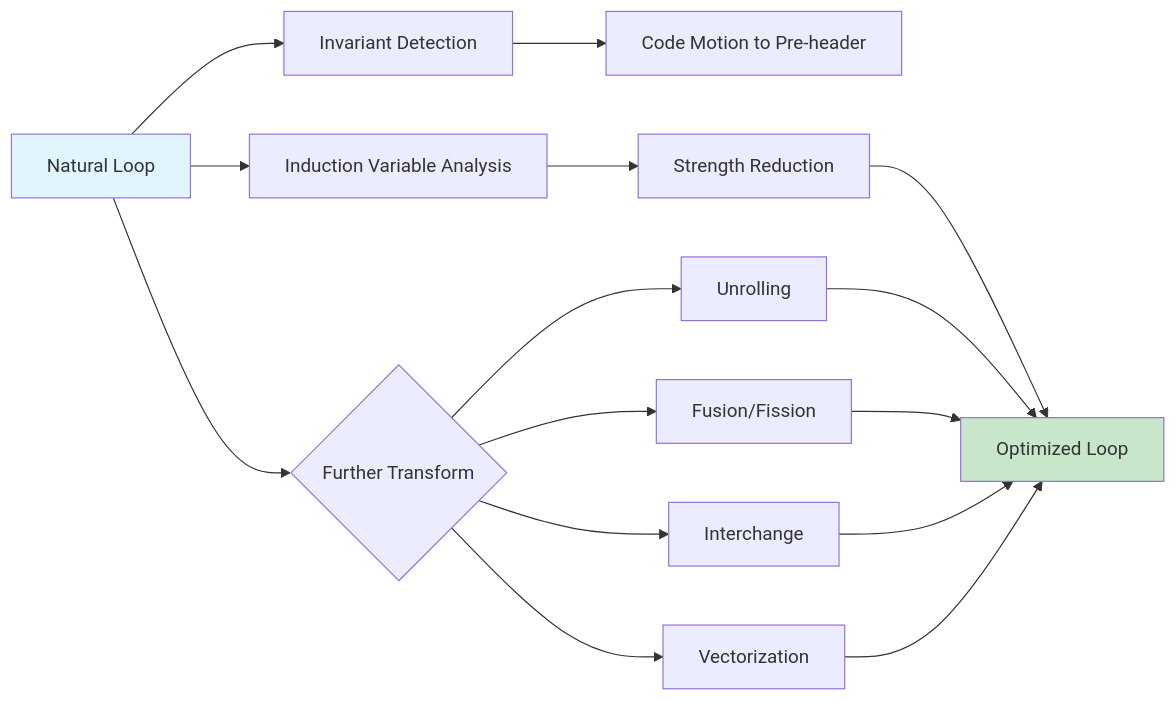
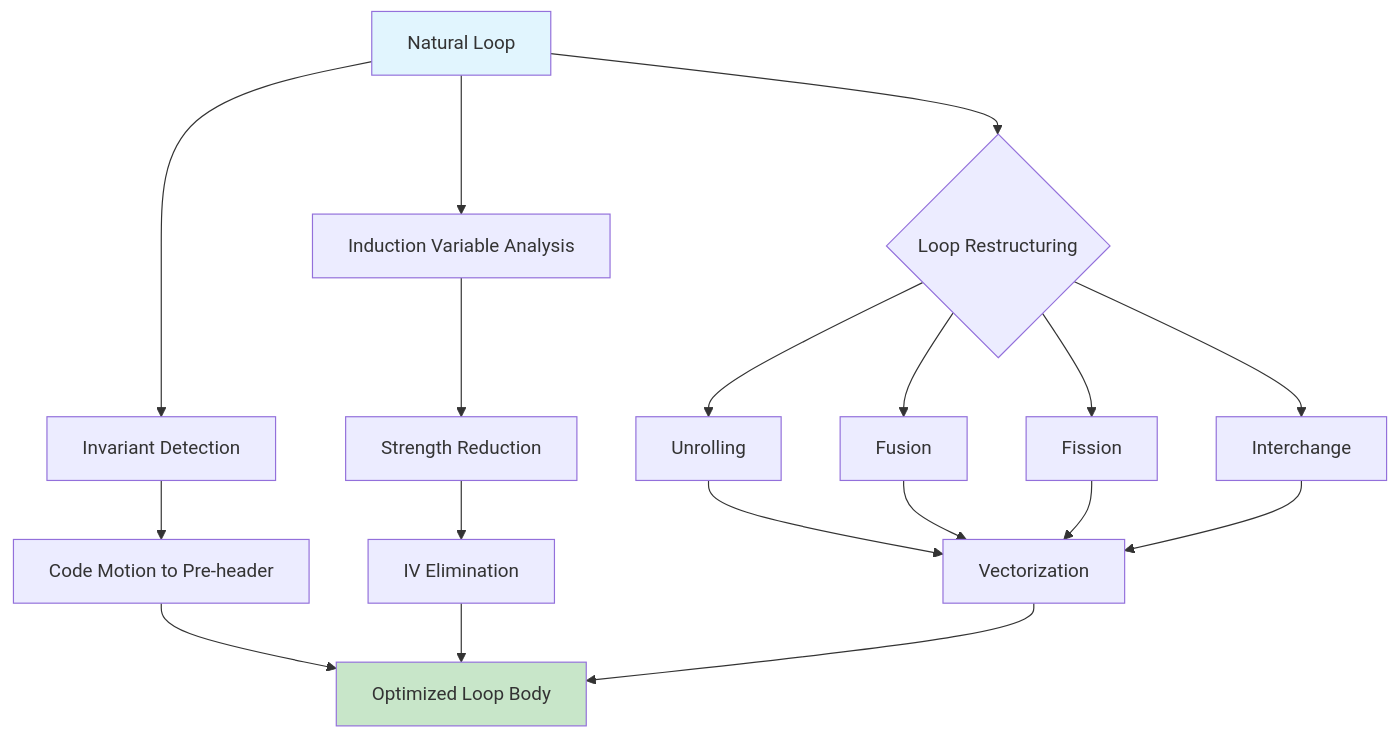
One commit to Raushan666java/ai-engineering-journey changed the diagram in docs/courses/compiler-design/13-loop-optimization.md. Above: the diagram before and after it, drawn with Mermaid. The commit also changed other lines of this file and 41 other files, not shown here.

````diff
--- a/docs/courses/compiler-design/13-loop-optimization.md
+++ b/docs/courses/compiler-design/13-loop-optimization.md
@@ -21,19 +24,22 @@
 ```mermaid
-flowchart LR
+flowchart TB
     A[Natural Loop] --> B[Invariant Detection]
     B --> C[Code Motion to Pre-header]
     A --> D[Induction Variable Analysis]
     D --> E[Strength Reduction]
-    A --> F{Further Transform}
-    F --> G[Unrolling]
-    F --> H[Fusion/Fission]
-    F --> I[Interchange]
-    F --> J[Vectorization]
-    E --> K[Optimized Loop]
-    G --> K
-    H --> K
-    I --> K
-    J --> K
+    E --> F[IV Elimination]
+    A --> G{Loop Restructuring}
+    G --> H[Unrolling]
+    G --> I[Fusion]
+    G --> J[Fission]
+    G --> K[Interchange]
+    H --> L[Vectorization]
+    I --> L
+    J --> L
+    K --> L
+    C --> M[Optimized Loop Body]
+    F --> M
+    L --> M
     style A fill:#e1f5fe
-    style K fill:#c8e6c9
+    style M fill:#c8e6c9
 ```
````
